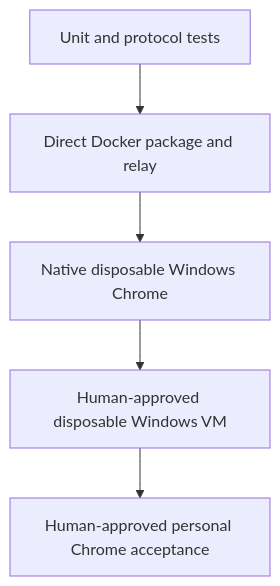
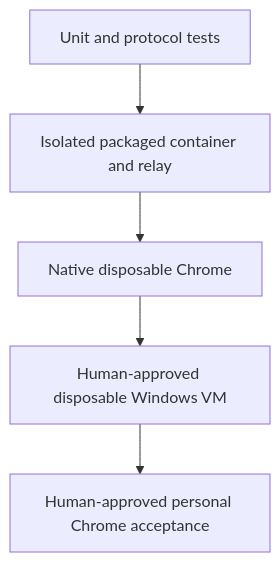
One commit to carlitose/openclaw changed the diagram in docs/internal/personal-chrome-browser-control/llm-wiki/wiki/concepts/evidence-lanes.md. Above: the diagram before and after it, drawn with Mermaid. The commit also changed other lines of this file and 26 other files, not shown here.

````diff
--- a/docs/internal/personal-chrome-browser-control/llm-wiki/wiki/concepts/evidence-lanes.md
+++ b/docs/internal/personal-chrome-browser-control/llm-wiki/wiki/concepts/evidence-lanes.md
@@ -25,7 +25,7 @@
 ```mermaid
 flowchart TB
-    U[Unit and protocol tests] --> D[Direct Docker package and relay]
-    D --> W[Native disposable Windows Chrome]
+    U[Unit and protocol tests] --> C[Isolated packaged container and relay]
+    C --> W[Native disposable Chrome]
     W --> V[Human-approved disposable Windows VM]
     V --> P[Human-approved personal Chrome acceptance]
 ```
````
